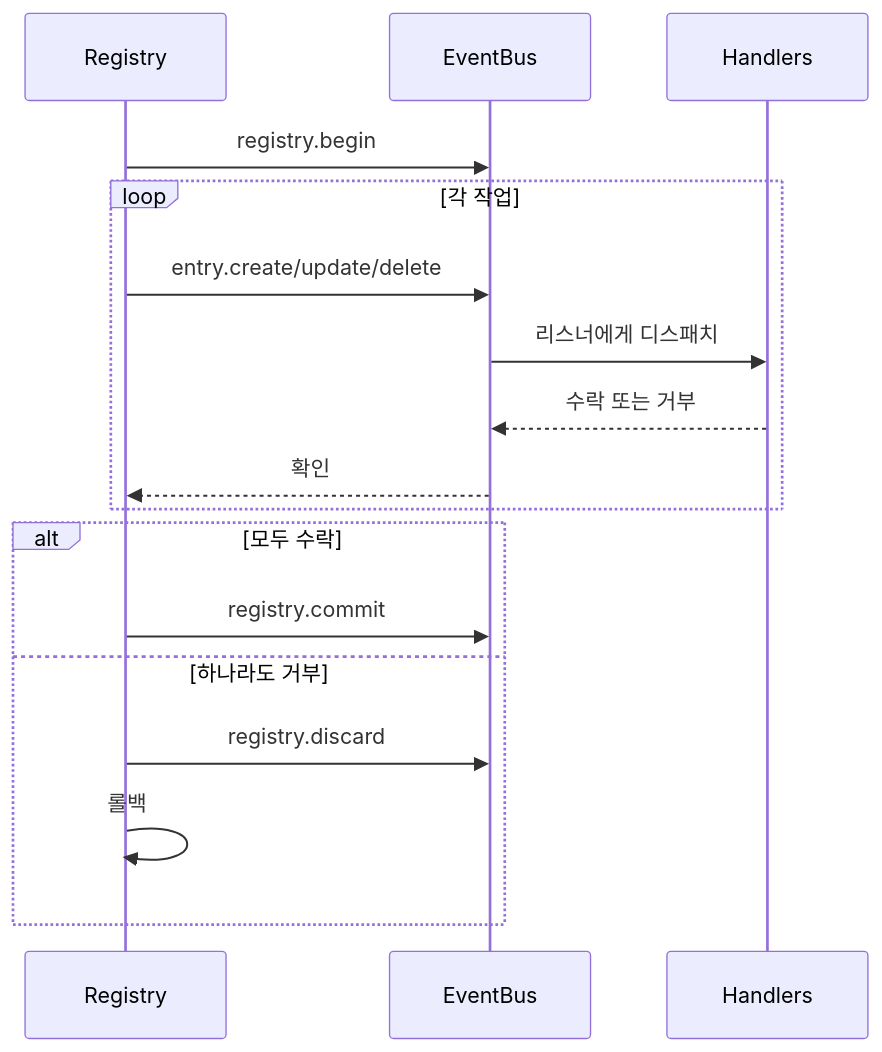
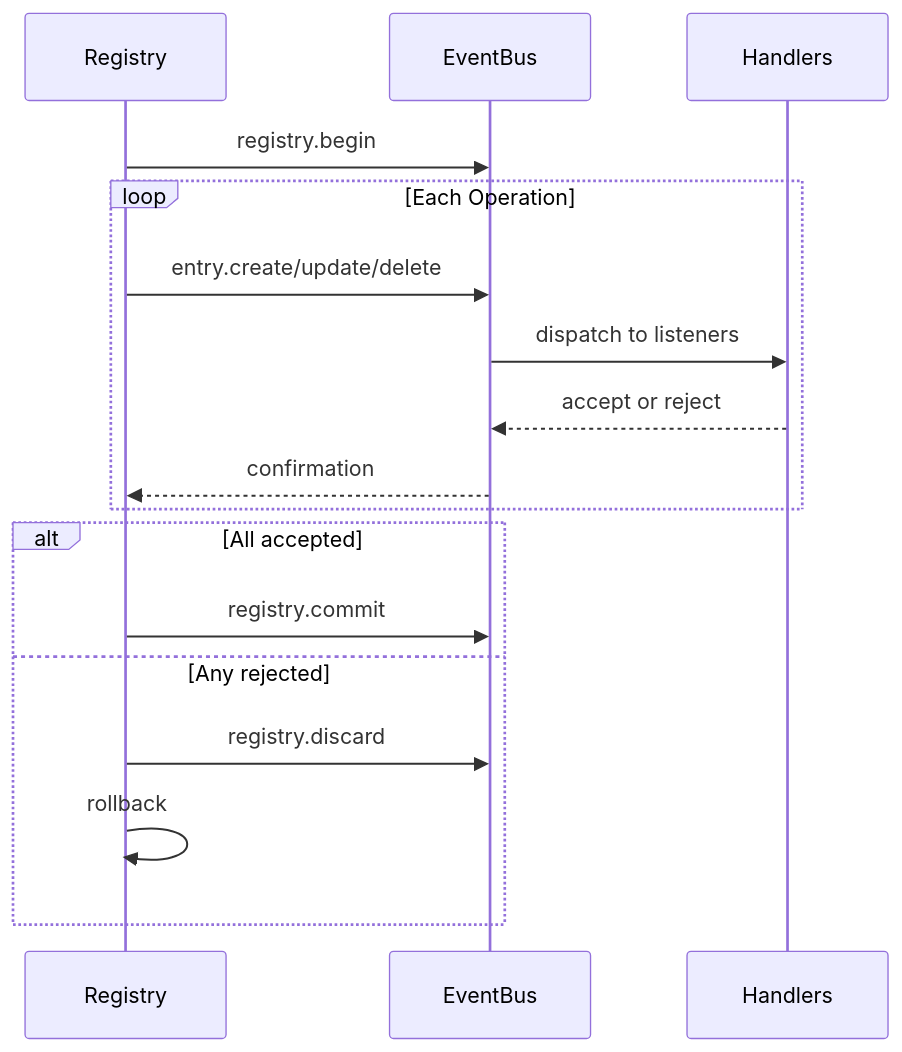
One commit to wippyai/docs changed the second of 2 diagrams in ko/internals/registry.md. Above: the diagram before and after it, drawn with Mermaid. The commit also changed other lines of this file and 870 other files, not shown here.

````diff
--- a/ko/internals/registry.md
+++ b/ko/internals/registry.md
@@ -116,20 +118,20 @@
 ```mermaid
 sequenceDiagram
     participant R as Registry
     participant B as EventBus
     participant H as Handlers
 
     R->>B: registry.begin
-    loop 각 작업
+    loop Each Operation
         R->>B: entry.create/update/delete
-        B->>H: 리스너에게 디스패치
-        H-->>B: 수락 또는 거부
-        B-->>R: 확인
+        B->>H: dispatch to listeners
+        H-->>B: accept or reject
+        B-->>R: confirmation
     end
-    alt 모두 수락
+    alt All accepted
         R->>B: registry.commit
-    else 하나라도 거부
+    else Any rejected
         R->>B: registry.discard
-        R->>R: 롤백
+        R->>R: rollback
     end
 ```
````
